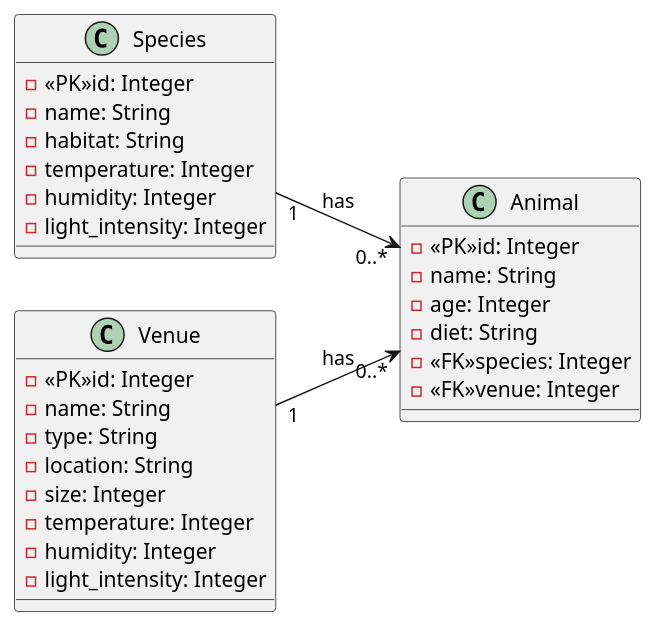
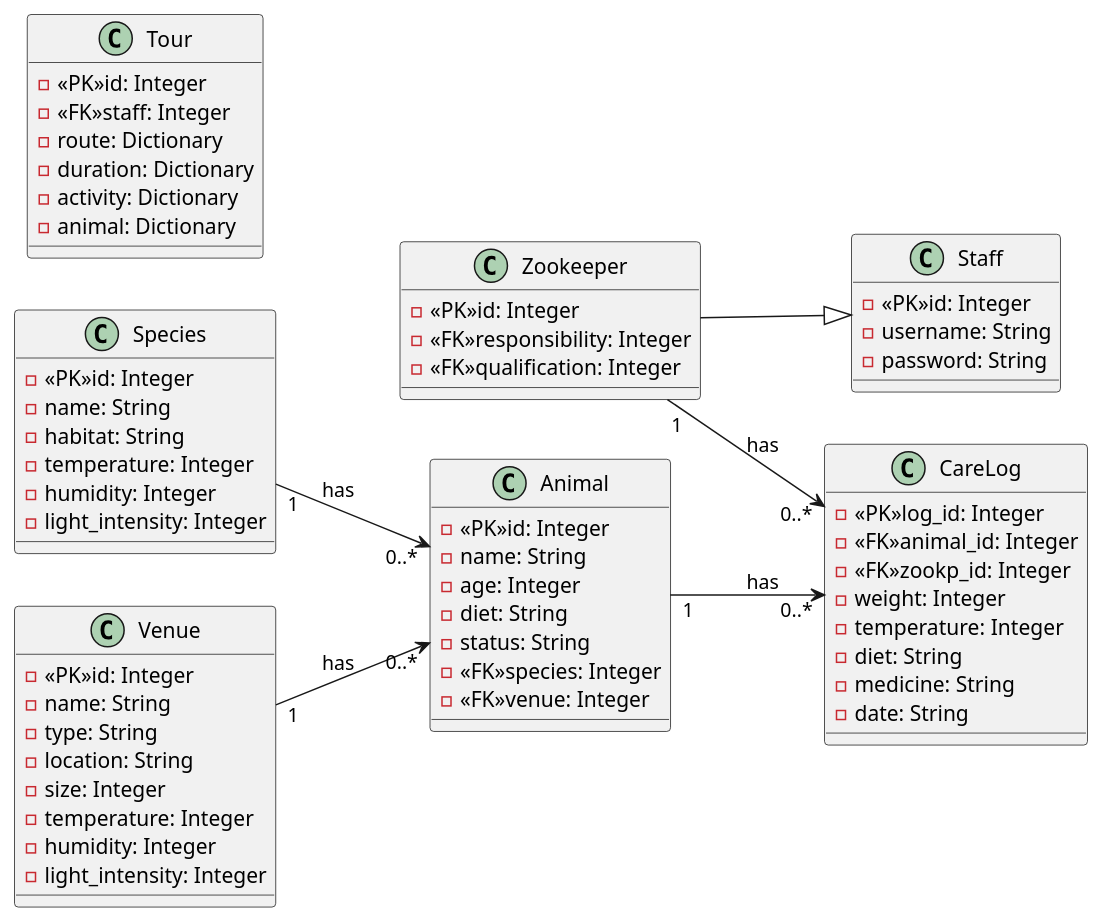
The diagram in UML.md (lzpmpc005/ZooConnect), drawn with PlantUML before and after one commit. The commit also changed other lines of this file, not shown here.

Commit message:
update class diagram and use case diagram

```diff
--- a/UML.md
+++ b/UML.md
@@ -6,42 +5,80 @@
 @startuml
 left to right direction
+
+class Staff{
+    - «PK»id: Integer
+    - username: String
+    - password: String
+}
+
+class Zookeeper{
+    - «PK»id: Integer
+    - «FK»responsibility: Integer
+    - «FK»qualification: Integer
+}
 
 class Species {
     - «PK»id: Integer
     - name: String
     - habitat: String
     - temperature: Integer
     - humidity: Integer
     - light_intensity: Integer
 
 }
 
 
 class Animal {
     - «PK»id: Integer
     - name: String
     - age: Integer
     - diet: String
+    - status: String
     - «FK»species: Integer
     - «FK»venue: Integer
-
 }
 
 
 class Venue {
     - «PK»id: Integer
     - name: String
     - type: String
     - location: String
     - size: Integer
     - temperature: Integer
     - humidity: Integer
     - light_intensity: Integer
 
 }
 
+class CareLog{
+    - «PK»log_id: Integer
+    - «FK»animal_id: Integer
+    - «FK»zookp_id: Integer
+    - weight: Integer
+    - temperature: Integer
+    - diet: String
+    - medicine: String
+    - date: String
+}
+
+class Tour{
+    - «PK»id: Integer
+    - «FK»staff: Integer
+    - route: Dictionary
+    - duration: Dictionary
+    - activity: Dictionary
+    - animal: Dictionary
+
+}
+
+
+Zookeeper --|> Staff
 
 Species "1" --> "0..*" Animal: has
 Venue "1" --> "0..*" Animal: has
+Animal "1" --> "0..*" CareLog: has
+Zookeeper "1" --> "0..*" CareLog: has
+
 
 @enduml
```
